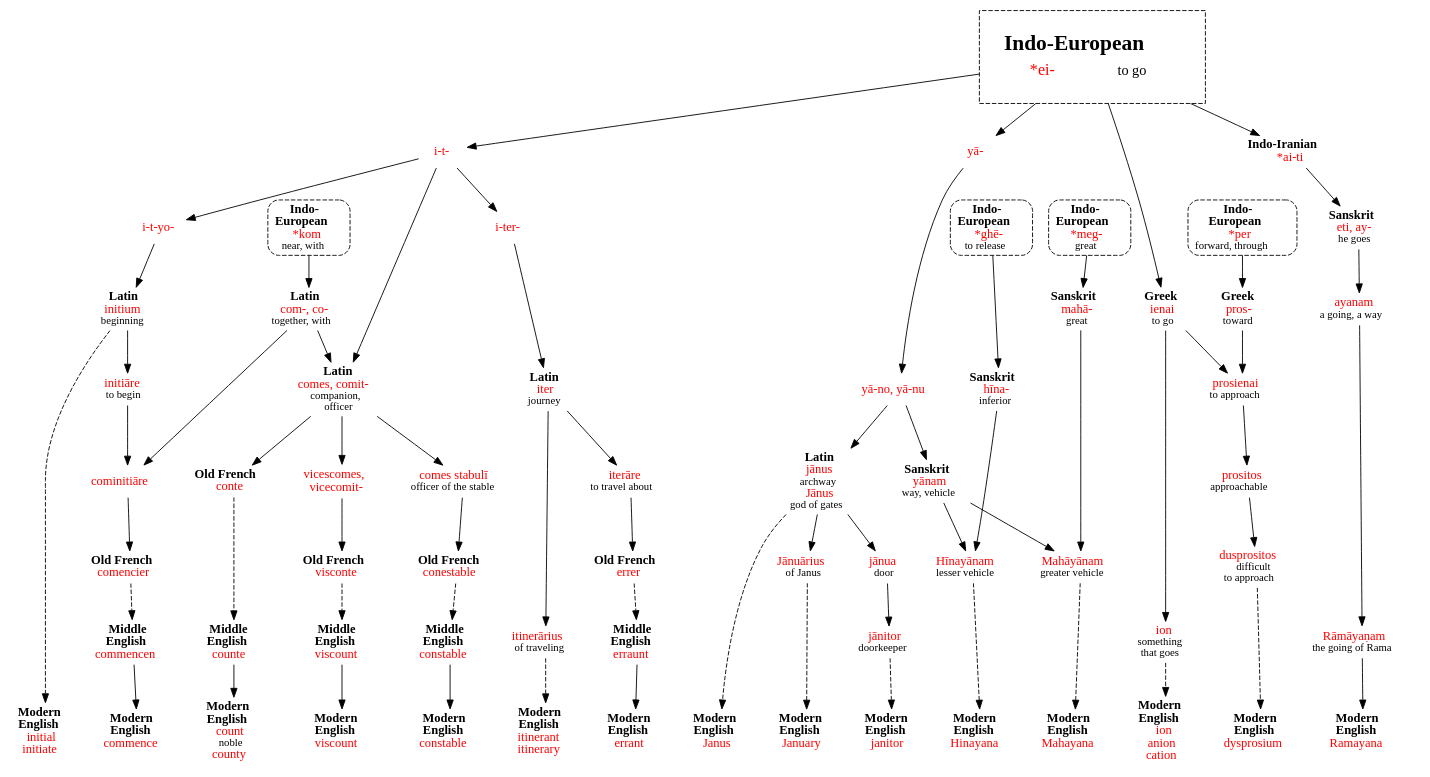
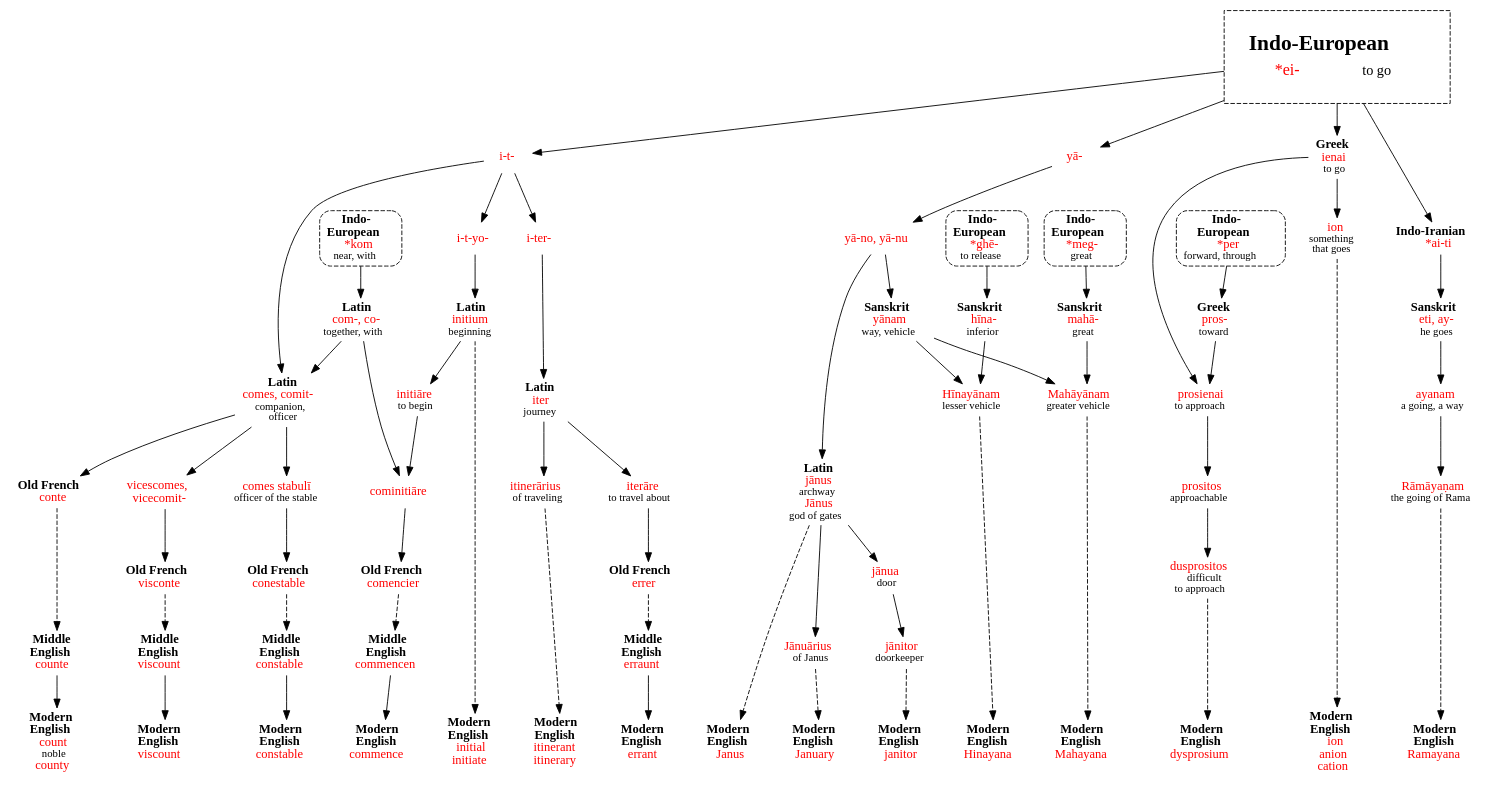
The diagram in ei-go2.gv (thebrokenhallelujah/trees), drawn with Graphviz before and after one commit. The commit also changed 15 other files, not shown here.

```diff
--- a/ei-go2.gv
+++ b/ei-go2.gv
@@ -1,141 +1,142 @@
 strict digraph {
 /* sources: AHD */
 node [shape=none]
 
 eiIE [label=<<table border="0"><tr><td colspan="2"><font point-size="24"><b>Indo-European</b></font></td></tr><tr><td><font point-size="18" color="red">*ei-</font></td><td><font point-size="16">to go</font></td></tr></table>> tooltip="Indo-European \"*ei-\" to go" shape=rect style=dashed peripheries=1 margin=.3 URL="ei-go0.svg"]
 
 // initial, initiate
 itIE [label=<<font color="red">i-t-</font>>]
 ityoIE [label=<<font color="red">i-t-yo-</font>>]
 initiumL [label=<<b>Latin</b><br/><font color="red">initium</font><br/><font point-size="12">beginning</font>>]
 initial [label=<<b>Modern<br/>English</b><br/><font color="red">initial<br/>initiate</font>>]
 eiIE -> itIE -> ityoIE -> initiumL
 initiumL -> initial [style=dashed]
 
 // commence
 komIE [label=<<b>Indo-<br/>European</b><br/><font color="red">*kom</font><br/><font point-size="12">near, with</font>> shape=box style="dashed,rounded" URL="kom-with.svg"]
 comL [label=<<b>Latin</b><br/><font color="red">com-, co-</font><br/><font point-size="12">together, with</font>>]
 initiareL [label=<<font color="red">initiāre</font><br/><font point-size="12">to begin</font>>]
 cominitiareL [label=<<font color="red">cominitiāre</font>>]
 comencierOF [label=<<b>Old French</b><br/><font color="red">comencier</font>>]
 commencenME [label=<<b>Middle<br/>English</b><br/><font color="red">commencen</font>>]
 commence [label=<<b>Modern<br/>English</b><br/><font color="red">commence</font>>]
 komIE -> comL
 initiumL -> initiareL
 { comL initiareL } -> cominitiareL -> comencierOF
 comencierOF -> commencenME [style=dashed]
 commencenME -> commence
 
 // count, county
 comesL [label=<<b>Latin</b><br/><font color="red">comes, comit-</font><br/><font point-size="12">companion,<br/>officer</font>>]
 conteOF [label=<<b>Old French</b><br/><font color="red">conte</font>>]
 counteME [label=<<b>Middle<br/>English</b><br/><font color="red">counte</font>>]
 count [label=<<b>Modern<br/>English</b><br/><font color="red">count</font><br/><font point-size="12">noble</font><br/><font color="red">county</font>>]
 { comL itIE } -> comesL -> conteOF
 conteOF -> counteME [style=dashed]
 counteME -> count
 
 // viscount
 vicecomesL [label=<<font color="red">vicescomes,<br/>vicecomit-</font>>]
 visconteOF [label=<<b>Old French</b><br/><font color="red">visconte</font>>]
 viscountME [label=<<b>Middle<br/>English</b><br/><font color="red">viscount</font>>]
 viscount [label=<<b>Modern<br/>English</b><br/><font color="red">viscount</font>>]
 comesL -> vicecomesL -> visconteOF
 visconteOF -> viscountME [style=dashed]
 viscountME -> viscount
 
 // constable
 comesstabuliL [label=<<font color="red">comes stabulī</font><br/><font point-size="12">officer of the stable</font>>]
 conestableOF [label=<<b>Old French</b><br/><font color="red">conestable</font>>]
 constableME [label=<<b>Middle<br/>English</b><br/><font color="red">constable</font>>]
 constable [label=<<b>Modern<br/>English</b><br/><font color="red">constable</font>>]
 comesL -> comesstabuliL -> conestableOF
 conestableOF -> constableME [style=dashed]
 constableME -> constable
 
 // itinerant, itinerary
 iterIE [label=<<font color="red">i-ter-</font>>]
 iterL [label=<<b>Latin</b><br/><font color="red">iter</font><br/><font point-size="12">journey</font>>]
 itinerariusL [label=<<font color="red">itinerārius</font><br/><font point-size="12">of traveling</font>>]
 itinerant [label=<<b>Modern<br/>English</b><br/><font color="red">itinerant<br/>itinerary</font>>]
 itIE -> iterIE -> iterL -> itinerariusL
 itinerariusL -> itinerant [style=dashed]
 
 // errant
 iterareL [label=<<font color="red">iterāre</font><br/><font point-size="12">to travel about</font>>]
 errerOF [label=<<b>Old French</b><br/><font color="red">errer</font>>]
 errauntME [label=<<b>Middle<br/>English</b><br/><font color="red">erraunt</font>>]
 errant [label=<<b>Modern<br/>English</b><br/><font color="red">errant</font>>]
 iterL -> iterareL -> errerOF
 errerOF -> errauntME [style=dashed]
 errauntME -> errant
 
 // Janus
 yaIE [label=<<font color="red">yā-</font>>]
 yanuIE [label=<<font color="red">yā-no, yā-nu</font>>]
 janusL [label=<<b>Latin</b><br/><font color="red">jānus</font><br/><font point-size="12">archway</font><br/><font color="red">Jānus</font><br/><font point-size="12">god of gates</font>>]
 janus [label=<<b>Modern<br/>English</b><br/><font color="red">Janus</font>>]
 eiIE -> yaIE -> yanuIE -> janusL
 janusL -> janus [style=dashed]
 
 // January
 januariusL [label=<<font color="red">Jānuārius</font><br/><font point-size="12">of Janus</font>>]
 january [label=<<b>Modern<br/>English</b><br/><font color="red">January</font>>]
 janusL -> januariusL
 januariusL -> january [style=dashed]
 
 // janitor
 januaL [label=<<font color="red">jānua</font><br/><font point-size="12">door</font>>]
 janitorL [label=<<font color="red">jānitor</font><br/><font point-size="12">doorkeeper</font>>]
 janitor [label=<<b>Modern<br/>English</b><br/><font color="red">janitor</font>>]
 janusL -> januaL -> janitorL
 janitorL -> janitor [style=dashed]
 
 // Hinayana, Mahayana
 yanamSk [label=<<b>Sanskrit</b><br/><font color="red">yānam</font><br/><font point-size="12">way, vehicle</font>>]
 gheIE [label=<<b>Indo-<br/>European</b><br/><font color="red">*ghē-</font><br/><font point-size="12">to release</font>> shape=box style="dashed,rounded" URL="ghe-release.svg"]
 hinaSk [label=<<b>Sanskrit</b><br/><font color="red">hīna-</font><br/><font point-size="12">inferior</font>>]
 hinayanamSk [label=<<font color="red">Hīnayānam</font><br/><font point-size="12">lesser vehicle</font>>]
 hinayana [label=<<b>Modern<br/>English</b><br/><font color="red">Hinayana</font>>]
 yanuIE -> yanamSk
 gheIE -> hinaSk
 { hinaSk yanamSk } -> hinayanamSk
 hinayanamSk -> hinayana [style=dashed]
-megIE [label=<<b>Indo-<br/>European</b><br/><font color="red">*meg-</font><br/><font point-size="12">great</font>> shape=box style="dashed,rounded" URL="meg-great.svg"]
+megIE [label=<<b>Indo-<br/>European</b><br/><font color="red">*meg-</font><br/><font point-size="12">great</font>> shape=box style="dashed,rounded" URL="meg-great4.svg"]
 mahaSk [label=<<b>Sanskrit</b><br/><font color="red">mahā-</font><br/><font point-size="12">great</font>>]
 mahayanamSk [label=<<font color="red">Mahāyānam</font><br/><font point-size="12">greater vehicle</font>>]
 mahayana [label=<<b>Modern<br/>English</b><br/><font color="red">Mahayana</font>>]
 megIE -> mahaSk
 { mahaSk yanamSk } -> mahayanamSk
 mahayanamSk -> mahayana [style=dashed]
 
 // ion
 ienaiGk [label=<<b>Greek</b><br/><font color="red">ienai</font><br/><font point-size="12">to go</font>>]
 ionGk [label=<<font color="red">ion</font><br/><font point-size="12">something<br/>that goes</font>>]
 ion [label=<<b>Modern<br/>English</b><br/><font color="red">ion<br/>anion<br/>cation</font>>]
-eiIE -> ienaiGk -> ionGk
+eiIE -> ienaiGk -> ionGk [weight=2]
 ionGk -> ion [style=dashed]
 
 // dysprosium
 perIE [label=<<b>Indo-<br/>European</b><br/><font color="red">*per</font><br/><font point-size="12">forward, through</font>> shape=box style="dashed,rounded" URL="per-pre.svg"]
 prosGk [label=<<b>Greek</b><br/><font color="red">pros-</font><br/><font point-size="12">toward</font>>]
 prosienaiGk [label=<<font color="red">prosienai</font><br/><font point-size="12">to approach</font>>]
 prositosGk [label=<<font color="red">prositos</font><br/><font point-size="12">approachable</font>>]
 dusprositosGk [label=<<font color="red">dusprositos</font><br/><font point-size="12">difficult<br/>to approach</font>>]
 dysprosium [label=<<b>Modern<br/>English</b><br/><font color="red">dysprosium</font>>]
 perIE -> prosGk
 { prosGk ienaiGk } -> prosienaiGk -> prositosGk -> dusprositosGk
 dusprositosGk -> dysprosium [style=dashed]
 
 // Ramayana
 aitiII [label=<<b>Indo-Iranian</b><br/><font color="red">*ai-ti</font>>]
 etiSk [label=<<b>Sanskrit</b><br/><font color="red">eti, ay-</font><br/><font point-size="12">he goes</font>>]
 ayanamSk [label=<<font color="red">ayanam</font><br/><font point-size="12">a going, a way</font>>]
 ramayanamSk [label=<<font color="red">Rāmāyaṇam</font><br/><font point-size="12">the going of Rama</font>>]
 ramayana [label=<<b>Modern<br/>English</b><br/><font color="red">Ramayana</font>>]
-eiIE -> aitiII -> etiSk -> ayanamSk -> ramayanamSk
-ramayanamSk -> ramayana
+eiIE -> aitiII -> etiSk -> ayanamSk -> ramayanamSk [weight=2]
+ramayanamSk -> ramayana [style=dashed]
 
 { rank=sink initial initial commence count viscount constable itinerant errant janus january janitor hinayana mahayana ion dysprosium ramayana }
-{ rank=same komIE gheIE megIE perIE }
+{ rank=same komIE gheIE megIE perIE aitiII yanuIE }
+{ rank=same iterareL itinerariusL }
 }
```
